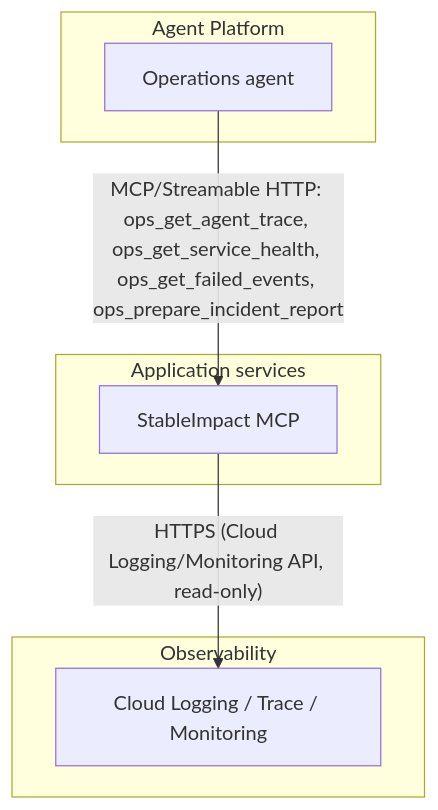
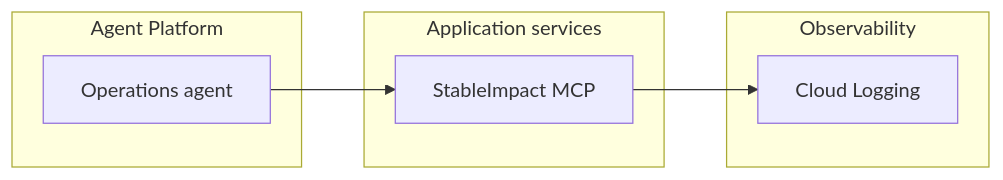
Diagram 11 of 19 in stableimpact-design.md (eweinmanepam/Documents), drawn with Mermaid before and after one commit. The commit also changed other lines of this file, not shown here.

````diff
--- a/stableimpact-design.md
+++ b/stableimpact-design.md
@@ -383,17 +360,16 @@
 ```mermaid
-flowchart TB
+flowchart LR
   subgraph Platform[Agent Platform]
     AGENT[Operations agent]
   end
 
   subgraph AppSvc[Application services]
     MCP[StableImpact MCP]
   end
 
   subgraph ObsZone[Observability]
-    LOG[Cloud Logging / Trace / Monitoring]
+    LOG[Cloud Logging]
   end
 
-  AGENT -- MCP/Streamable HTTP: ops_get_agent_trace, ops_get_service_health, ops_get_failed_events, ops_prepare_incident_report --> MCP
-  MCP -- HTTPS (Cloud Logging/Monitoring API, read-only) --> LOG
+  AGENT --> MCP --> LOG
 ```
````
